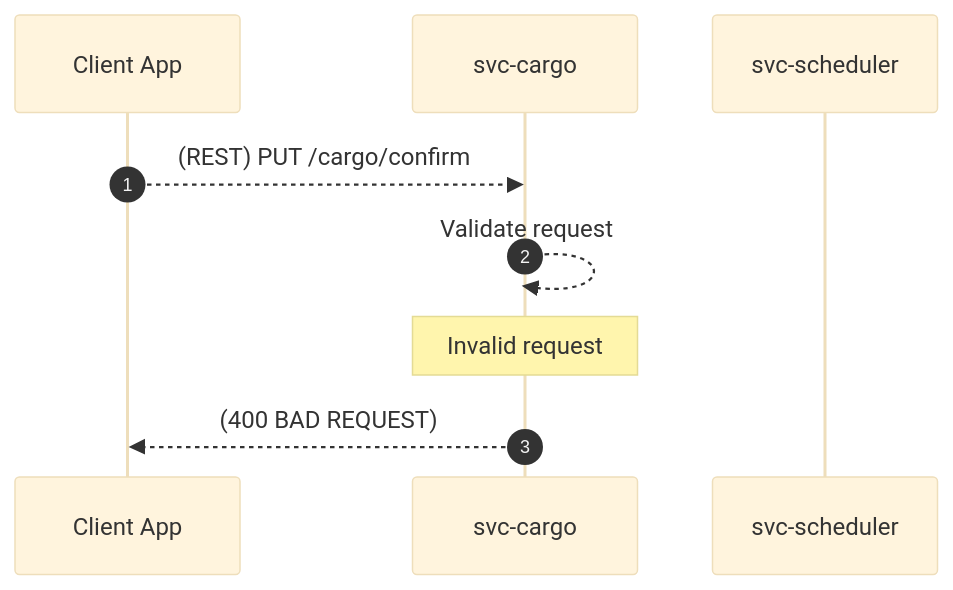
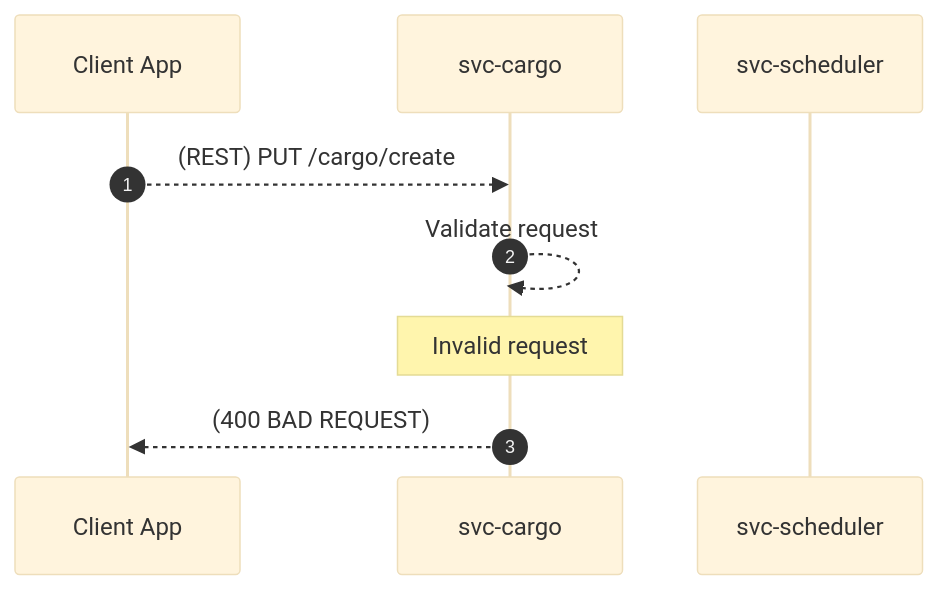
One commit to aetheric-oss/svc-cargo changed the tenth of 25 diagrams in docs/sdd.md. Above: the diagram before and after it, drawn with Mermaid (base theme). The commit also changed other lines of this file and 18 other files, not shown here.

````diff
--- a/docs/sdd.md
+++ b/docs/sdd.md
@@ -247,11 +252,11 @@
 ```mermaid
 sequenceDiagram
     autonumber
     participant client as Client App
     participant cargo as svc-cargo
     participant scheduler as svc-scheduler
-    client-->>cargo: (REST) PUT /cargo/confirm
+    client-->>cargo: (REST) PUT /cargo/create
     cargo-->>cargo: Validate request
     note over cargo: Invalid request
     cargo-->>client: (400 BAD REQUEST)
 ```
````
